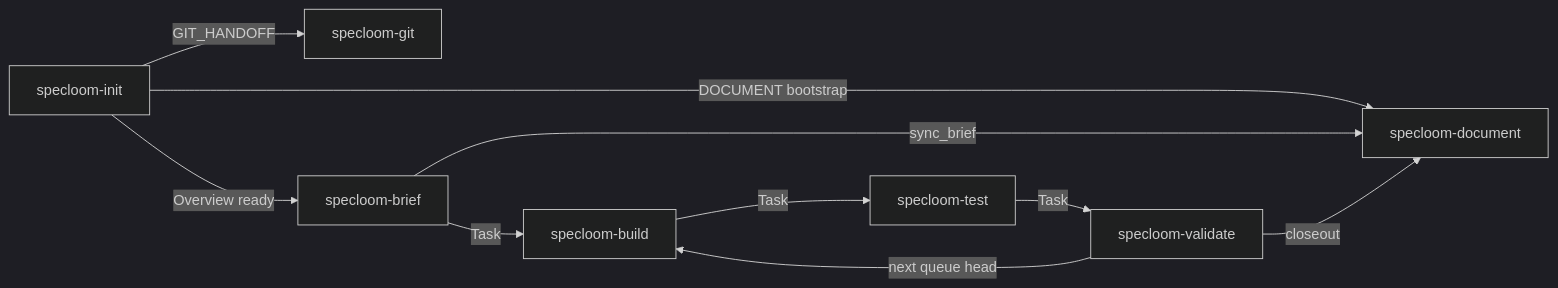
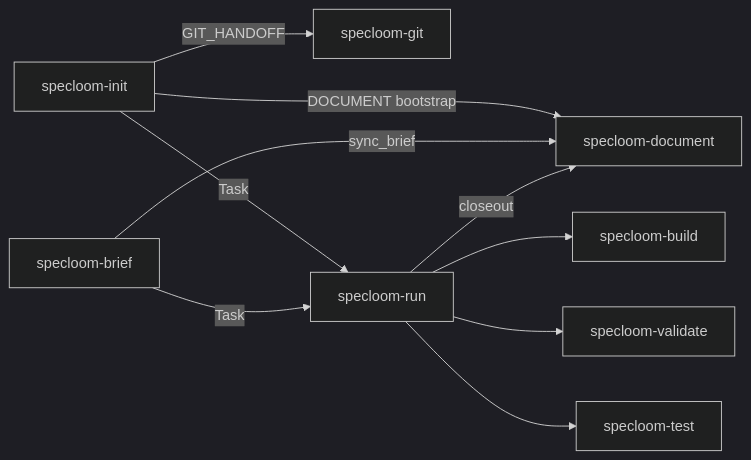
Before and after one commit to AIHeart-Professional/specloom: the fourth of 4 diagrams in WORKFLOW-LINEAR.md, drawn with Mermaid (dark theme). The commit also changed other lines of this file and 24 other files, not shown here.

First line of the commit message:
feat(specloom): run orchestrator + per-product Linear team

````diff
--- a/WORKFLOW-LINEAR.md
+++ b/WORKFLOW-LINEAR.md
@@ -169,20 +172,21 @@
 ```mermaid
 flowchart LR
   I[specloom-init]
   G[specloom-git]
   D[specloom-document]
   B[specloom-brief]
+  R[specloom-run]
   BU[specloom-build]
   T[specloom-test]
   V[specloom-validate]
 
   I -->|GIT_HANDOFF| G
   I -->|DOCUMENT bootstrap| D
-  I -->|Overview ready| B
+  I -->|Task| R
   B -->|sync_brief| D
-  B -->|Task| BU
-  BU -->|Task| T
-  T -->|Task| V
-  V -->|closeout| D
-  V -->|next queue head| BU
+  B -->|Task| R
+  R --> BU
+  R --> V
+  R --> T
+  R -->|closeout| D
 ```
````
